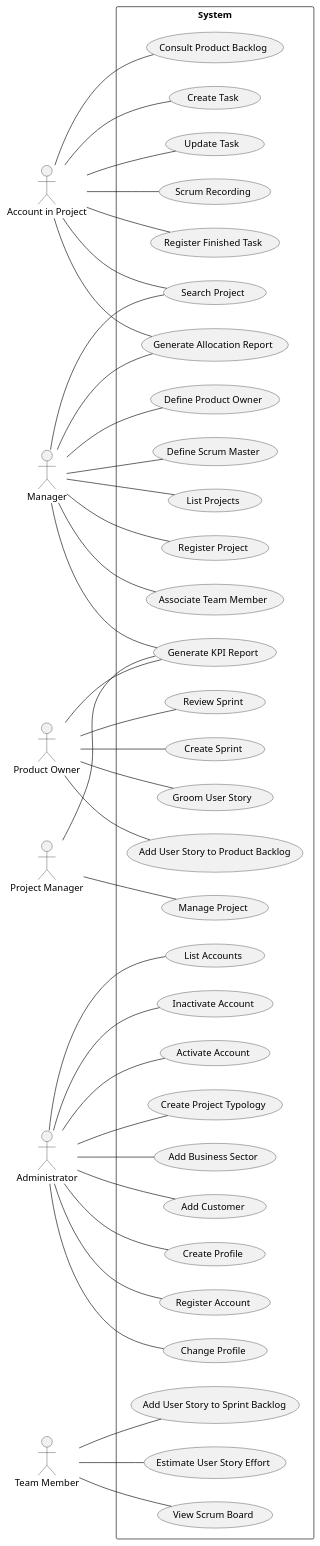
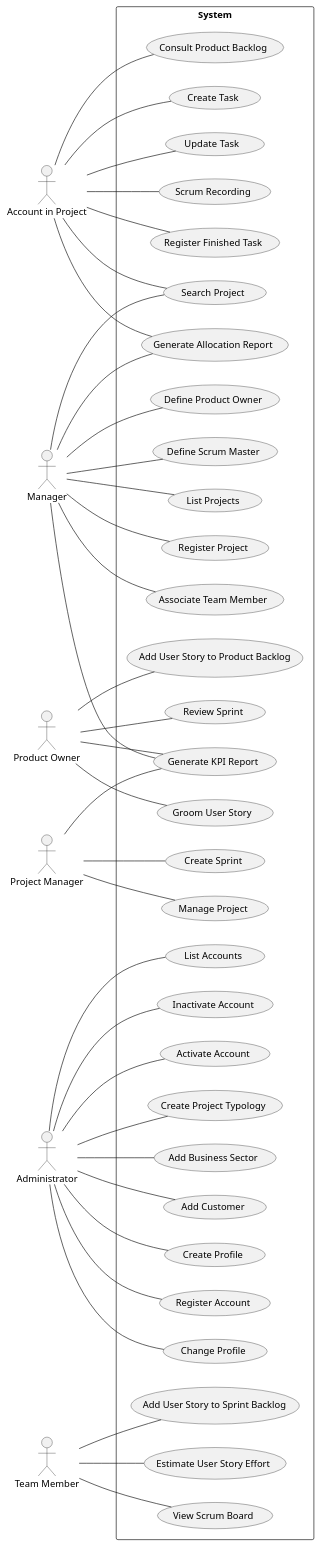
One commit to Loracline/project_switch_22-23 changed the diagram in docs/requirements_gathering/use_case_diagram/useCaseDiagram_v3.puml. Above: the diagram before and after it, drawn with PlantUML. The commit also changed 3 other files, not shown here.

Commit message:
No US: Requirements: Updated documentation for sprint 5 - customer specifications, glossary, supplementary specification and use-case diagram. Closes #274.

```diff
--- a/docs/requirements_gathering/use_case_diagram/useCaseDiagram_v3.puml
+++ b/docs/requirements_gathering/use_case_diagram/useCaseDiagram_v3.puml
@@ -1,88 +1,88 @@
 @startuml
 
 left to right direction
 actor "Account in Project" as acc
 actor "Manager" as mg
 actor "Product Owner" as po
 actor "Project Manager" as pm
 actor "Administrator" as admin
 actor "Team Member" as tm
 
 rectangle System {
   usecase "Create Profile" as US001
   usecase "Register Account" as US002
   usecase "Change Profile" as US003
   usecase "List Accounts" as US004
   usecase "Inactivate Account" as US005
   usecase "Activate Account" as US006
   usecase "Create Project Typology" as US007
   usecase "Add Business Sector" as US008
   usecase "Add Customer" as US009
   usecase "Register Project" as US010
   usecase "Associate Team Member" as US011
   usecase "Define Product Owner" as US012
   usecase "Define Scrum Master" as US013
   usecase "Generate Allocation Report" as US01416
   usecase "List Projects" as US015
   usecase "Create User Story" as US017
   usecase "Add User Story to Product Backlog" as US017
   usecase "Consult Product Backlog" as US018
   usecase "Create Sprint" as US019
   usecase "Add User Story to Sprint Backlog" as US020
   usecase "Estimate User Story Effort" as US021
   usecase "View Scrum Board" as US022
 
 
   usecase "Manage Project" as UC2
   usecase "Search Project" as UC3
   usecase "Groom User Story " as UC6
   usecase "Review Sprint" as UC7
   usecase "Create Task" as UC8
   usecase "Update Task " as UC9
   usecase "Generate KPI Report" as UC12
   usecase "Scrum Recording" as UC14
   usecase "Register Finished Task" as UC21
 }
 
 admin -- US001
 admin -- US002
 admin -- US003
 admin -- US004
 admin -- US005
 admin -- US006
 admin -- US007
 admin -- US008
 admin -- US009
 
 mg -- US010
 mg -- US011
 mg -- US012
 mg -- US013
 mg -- US01416
 mg -- US015
 mg -- UC3
 mg -- UC12
 
 po -- UC12
 po -- UC6
 po -- UC7
 po -- US017
-po -- US019
 
 pm -- UC12
 pm -- UC2
+pm -- US019
 
 acc -- UC8
 acc -- UC9
 acc -- UC3
 acc -- UC14
 acc -- US01416
 acc -- UC21
 acc -- US018
 
 tm -- US020
 tm -- US021
 tm -- US022
 
 
 @enduml
```
